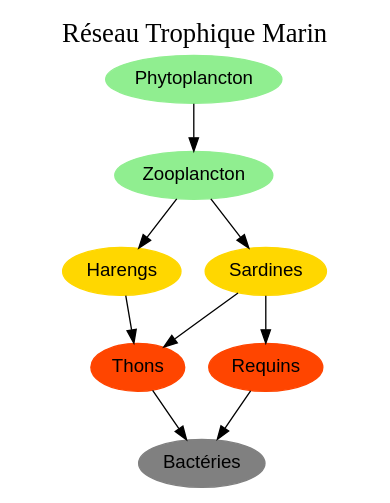
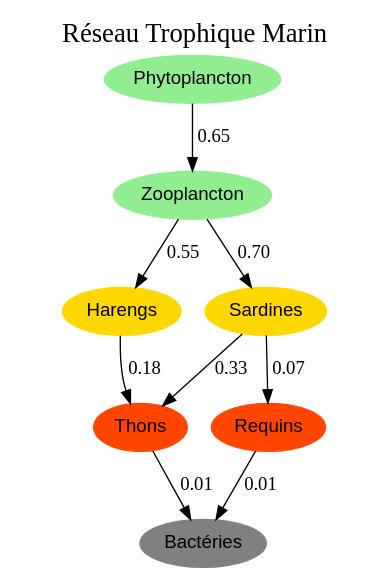
Before and after one commit to zhjacques/Projet-TDG: the diagram in marin.dot, drawn with Graphviz. The commit also changed 8 other files, not shown here.

```diff
--- a/marin.dot
+++ b/marin.dot
@@ -1,25 +1,25 @@
 digraph reseau_trophique {
     label="Réseau Trophique Marin";
     labelloc="top";
     fontsize=20;
 
     // Couleurs des groupes
     node [style=filled, fontname="Arial"];
     "Phytoplancton" [color=lightgreen];
     "Zooplancton" [color=lightgreen];
     "Harengs" [color=gold];
     "Sardines" [color=gold];
     "Thons" [color=orangered];
     "Requins" [color=orangered];
     "Bactéries" [color=gray];
 
-    // Relations
-    "Phytoplancton" -> "Zooplancton";
-    "Zooplancton" -> "Harengs";
-    "Zooplancton" -> "Sardines";
-    "Harengs" -> "Thons";
-    "Sardines" -> "Thons";
-    "Sardines" -> "Requins";
-    "Thons" -> "Bactéries";
-    "Requins" -> "Bactéries";
+    // Relations avec pondération en décimal
+    "Phytoplancton" -> "Zooplancton" [label="0.65"];
+    "Zooplancton" -> "Harengs" [label="0.55"];
+    "Zooplancton" -> "Sardines" [label="0.70"];
+    "Harengs" -> "Thons" [label="0.18"];
+    "Sardines" -> "Thons" [label="0.33"];
+    "Sardines" -> "Requins" [label="0.07"];
+    "Thons" -> "Bactéries" [label="0.01"];
+    "Requins" -> "Bactéries" [label="0.01"];
 }
```
